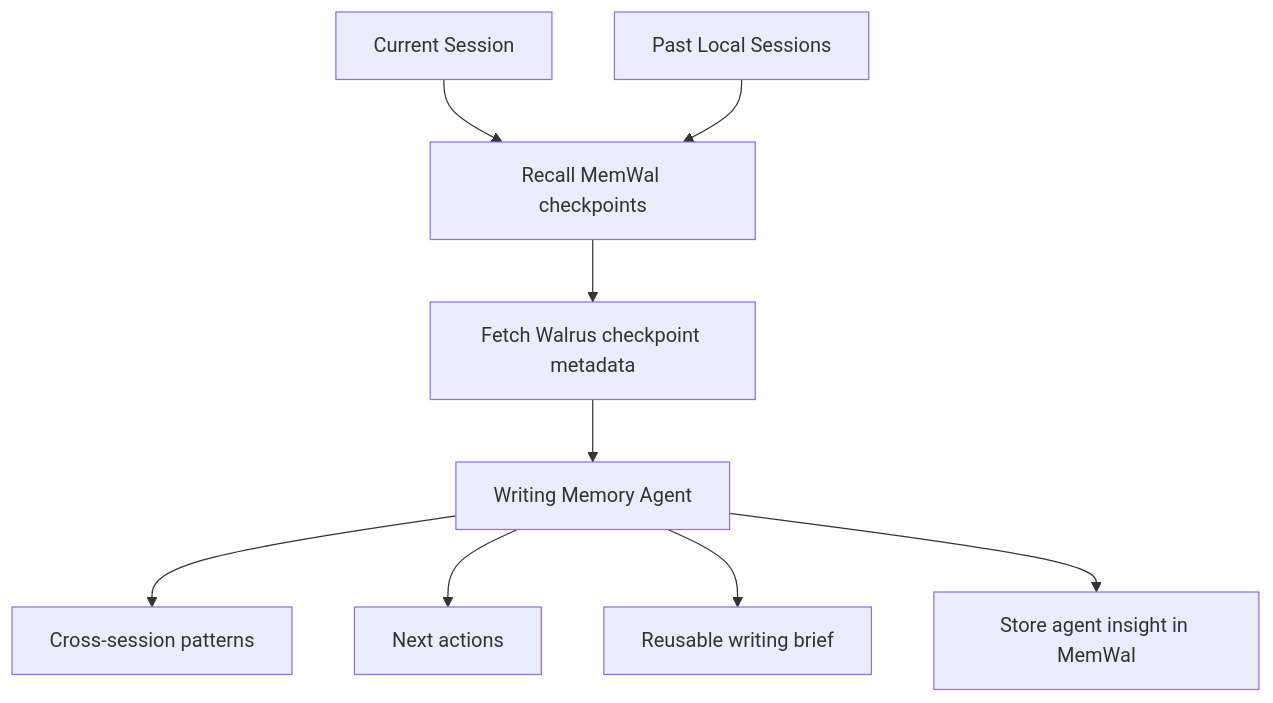
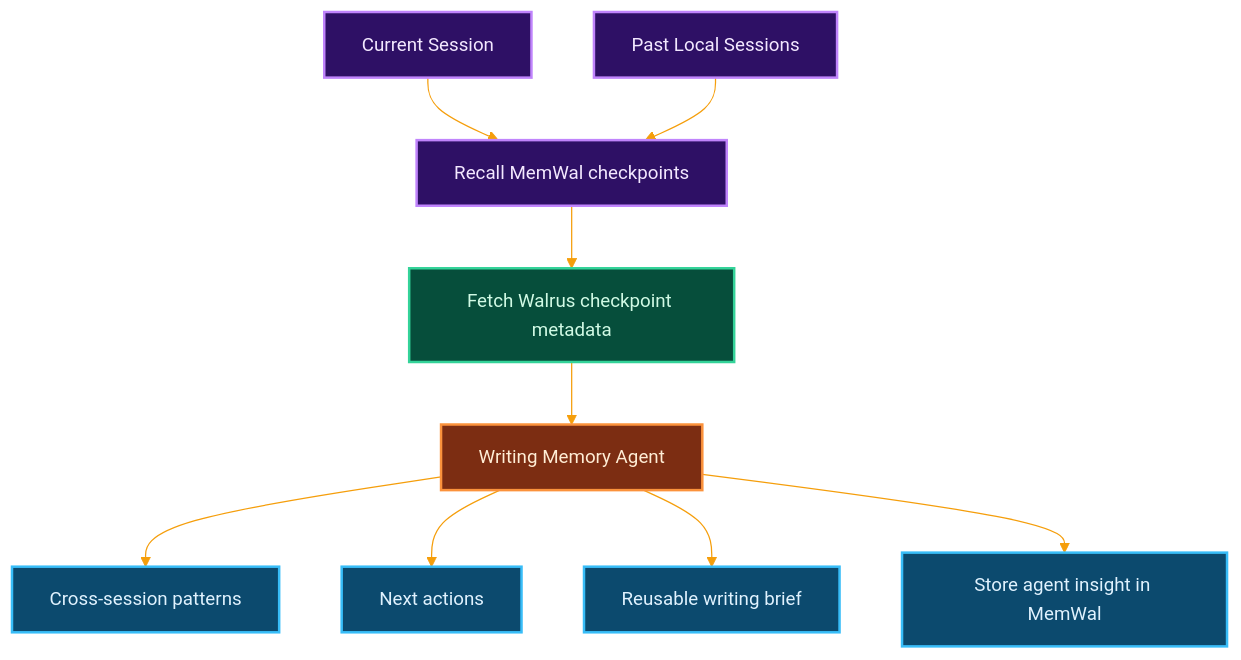
The third of 3 diagrams in README.md (SumitRaikwar18/Provenance), drawn with Mermaid before and after one commit. The commit also changed other lines of this file, not shown here.

Commit message:
docs: add colorful diagrams and ecosystem links

````diff
--- a/README.md
+++ b/README.md
@@ -76,11 +90,22 @@
 ```mermaid
+%%{init: {"theme": "base", "themeVariables": {"background": "#0b1020", "primaryColor": "#0f172a", "primaryTextColor": "#f8fafc", "primaryBorderColor": "#38bdf8", "lineColor": "#f59e0b", "secondaryColor": "#1e293b", "tertiaryColor": "#431407", "fontFamily": "Inter, Arial", "fontSize": "15px"}}}%%
 flowchart TB
   Session["Current Session"] --> Recall["Recall MemWal checkpoints"]
   Past["Past Local Sessions"] --> Recall
   Recall --> Blobs["Fetch Walrus checkpoint metadata"]
   Blobs --> Agent["Writing Memory Agent"]
   Agent --> Patterns["Cross-session patterns"]
   Agent --> Actions["Next actions"]
   Agent --> Brief["Reusable writing brief"]
   Agent --> Store["Store agent insight in MemWal"]
+
+  classDef memory fill:#2e1065,stroke:#c084fc,color:#f3e8ff,stroke-width:2px
+  classDef walrus fill:#064e3b,stroke:#34d399,color:#d1fae5,stroke-width:2px
+  classDef agent fill:#7c2d12,stroke:#fb923c,color:#ffedd5,stroke-width:2px
+  classDef output fill:#0c4a6e,stroke:#38bdf8,color:#e0f2fe,stroke-width:2px
+
+  class Session,Past,Recall memory
+  class Blobs walrus
+  class Agent agent
+  class Patterns,Actions,Brief,Store output
 ```
````
